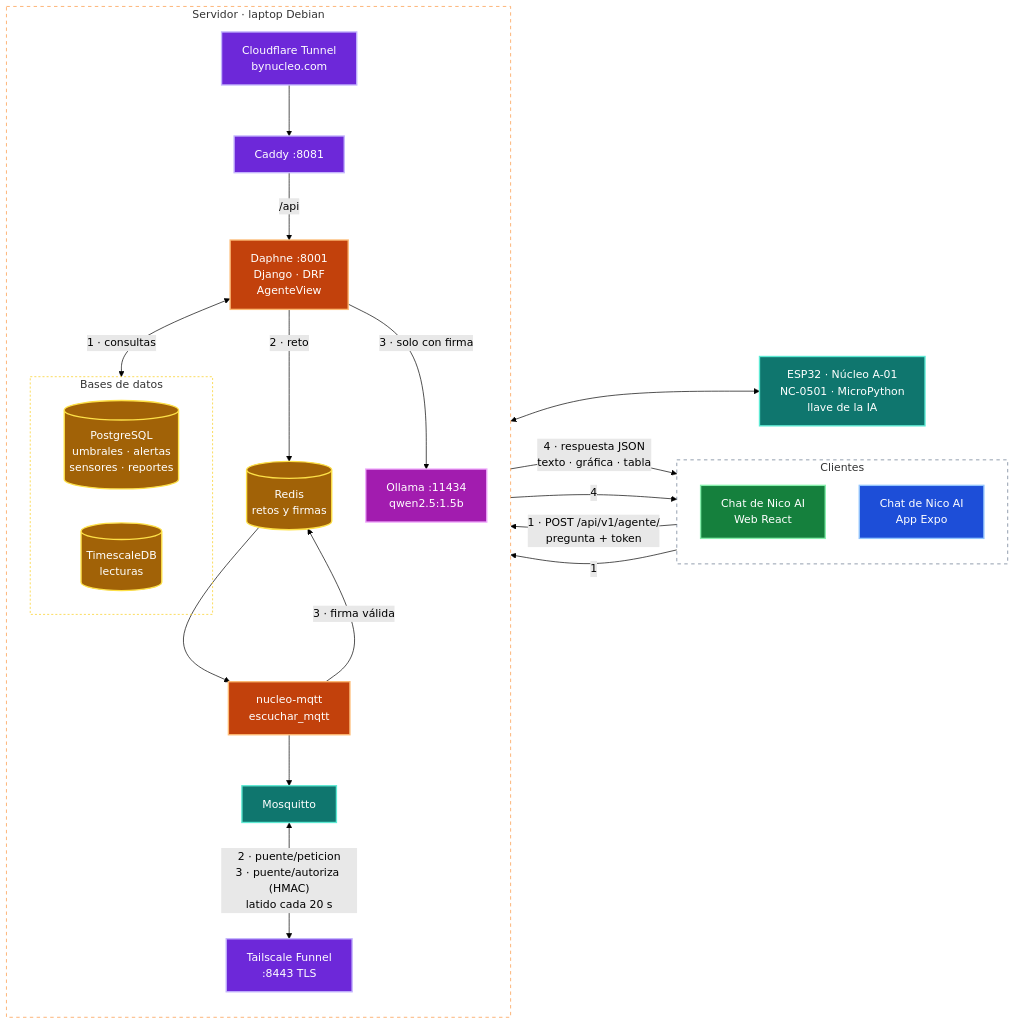
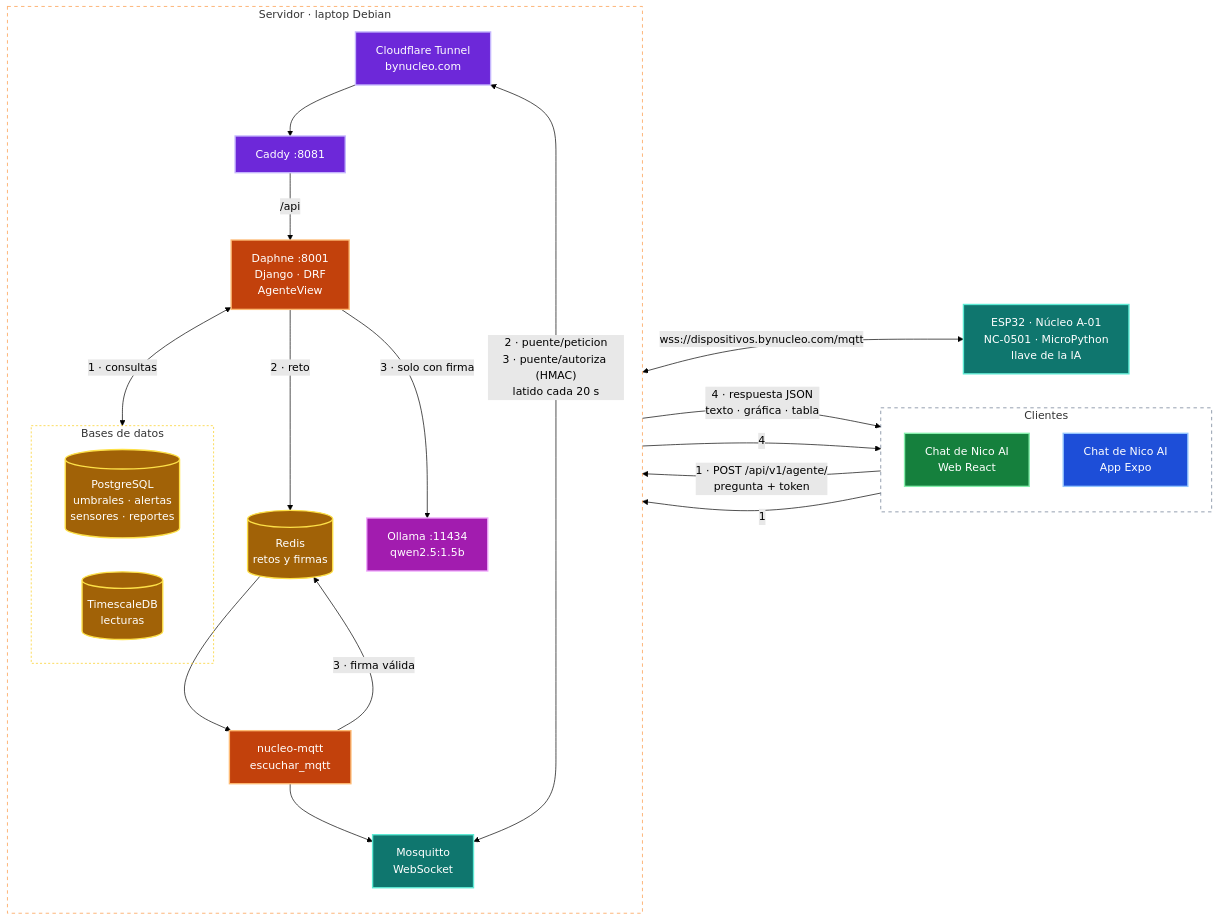
One commit to BrandonGlz/Nucleo changed the fourth of 4 diagrams in README.md. Above: the diagram before and after it, drawn with Mermaid (forest theme). The commit also changed other lines of this file and 19 other files, not shown here.

Commit message:
feat(red): Núcleo sin Tailscale; los ESP32 usan MQTT en WebSocket por dispositivos.bynucleo.com y el APK pasa a app.bynucleo.com

````diff
--- a/README.md
+++ b/README.md
@@ -461,54 +462,53 @@
 ```mermaid
 flowchart LR
     subgraph CL["Clientes"]
         direction TB
         W["Chat de Nico AI<br/>Web React"]
         A["Chat de Nico AI<br/>App Expo"]
     end
     subgraph HOST["Servidor · laptop Debian"]
         direction TB
         CF["Cloudflare Tunnel<br/>bynucleo.com"]
         C["Caddy :8081"]
         D["Daphne :8001<br/>Django · DRF<br/>AgenteView"]
         R[("Redis<br/>retos y firmas")]
         MQ["nucleo-mqtt<br/>escuchar_mqtt"]
-        M["Mosquitto"]
-        TS["Tailscale Funnel<br/>:8443 TLS"]
+        M["Mosquitto<br/>WebSocket"]
         subgraph BD["Bases de datos"]
             PG[("PostgreSQL<br/>umbrales · alertas<br/>sensores · reportes")]
             TDB[("TimescaleDB<br/>lecturas")]
         end
         O["Ollama :11434<br/>qwen2.5:1.5b"]
     end
     E["ESP32 · Núcleo A-01<br/>NC-0501 · MicroPython<br/>llave de la IA"]
 
     W -->|"1 · POST /api/v1/agente/<br/>pregunta + token"| CF
     A -->|"1"| CF
     CF --> C -->|"/api"| D
     D <-->|"1 · consultas"| BD
     D -->|"2 · reto"| R
     R --> MQ --> M
-    M <-->|"2 · puente/peticion<br/>3 · puente/autoriza (HMAC)<br/>latido cada 20 s"| TS
-    TS <--> E
+    M <-->|"2 · puente/peticion<br/>3 · puente/autoriza (HMAC)<br/>latido cada 20 s"| CF
+    CF <-->|"wss://dispositivos.bynucleo.com/mqtt"| E
     MQ -->|"3 · firma válida"| R
     D -->|"3 · solo con firma"| O
     D -->|"4 · respuesta JSON<br/>texto · gráfica · tabla"| W
     D -->|"4"| A
     classDef cliente fill:#1d4ed8,stroke:#93c5fd,color:#fff,stroke-width:2px
     classDef red fill:#6d28d9,stroke:#c4b5fd,color:#fff,stroke-width:2px
     classDef web fill:#15803d,stroke:#86efac,color:#fff,stroke-width:2px
     classDef backend fill:#c2410c,stroke:#fdba74,color:#fff,stroke-width:2px
     classDef datos fill:#a16207,stroke:#fde047,color:#fff,stroke-width:2px
     classDef iot fill:#0f766e,stroke:#5eead4,color:#fff,stroke-width:2px
     classDef externo fill:#a21caf,stroke:#f0abfc,color:#fff,stroke-width:2px
     class W web
     class A cliente
-    class CF,TS,C red
+    class CF,C red
     class D,MQ backend
     class R,PG,TDB datos
     class E,M iot
     class O externo
     style CL fill:transparent,stroke:#64748b,stroke-dasharray:5 5
     style HOST fill:transparent,stroke:#fb923c,stroke-dasharray:5 5
     style BD fill:transparent,stroke:#facc15,stroke-dasharray:3 3
 ```
````
